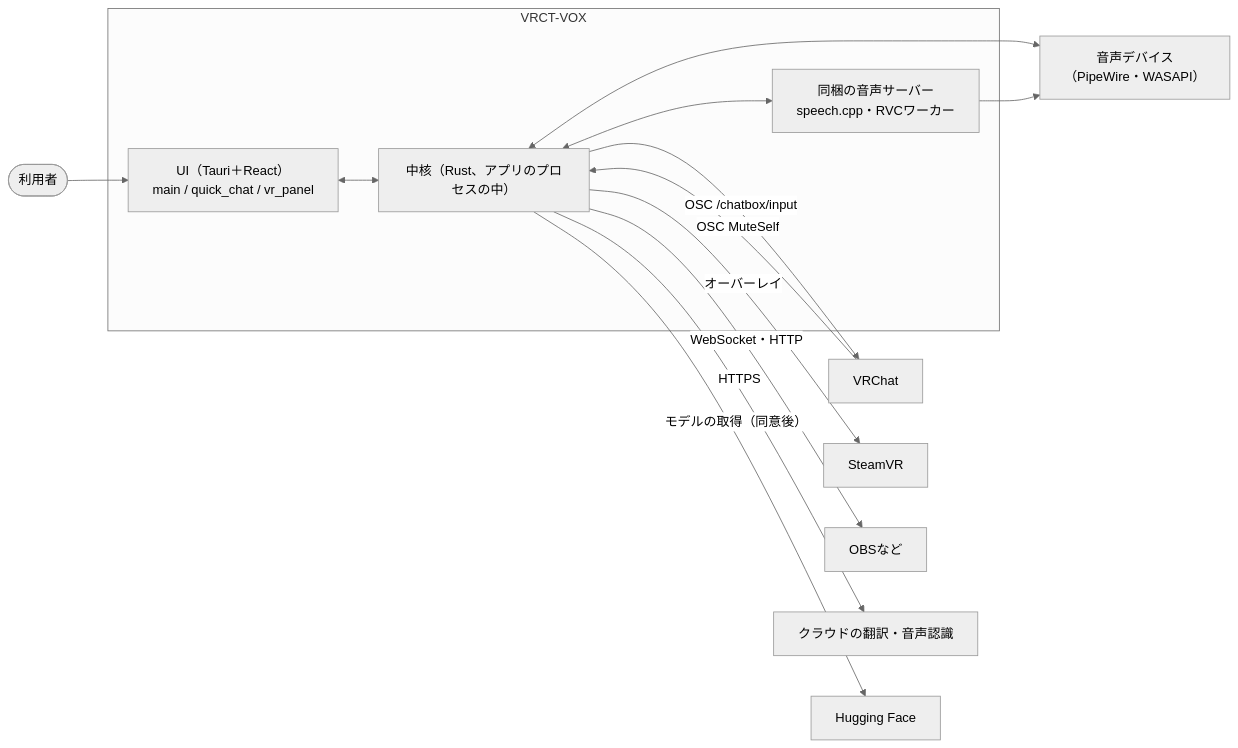
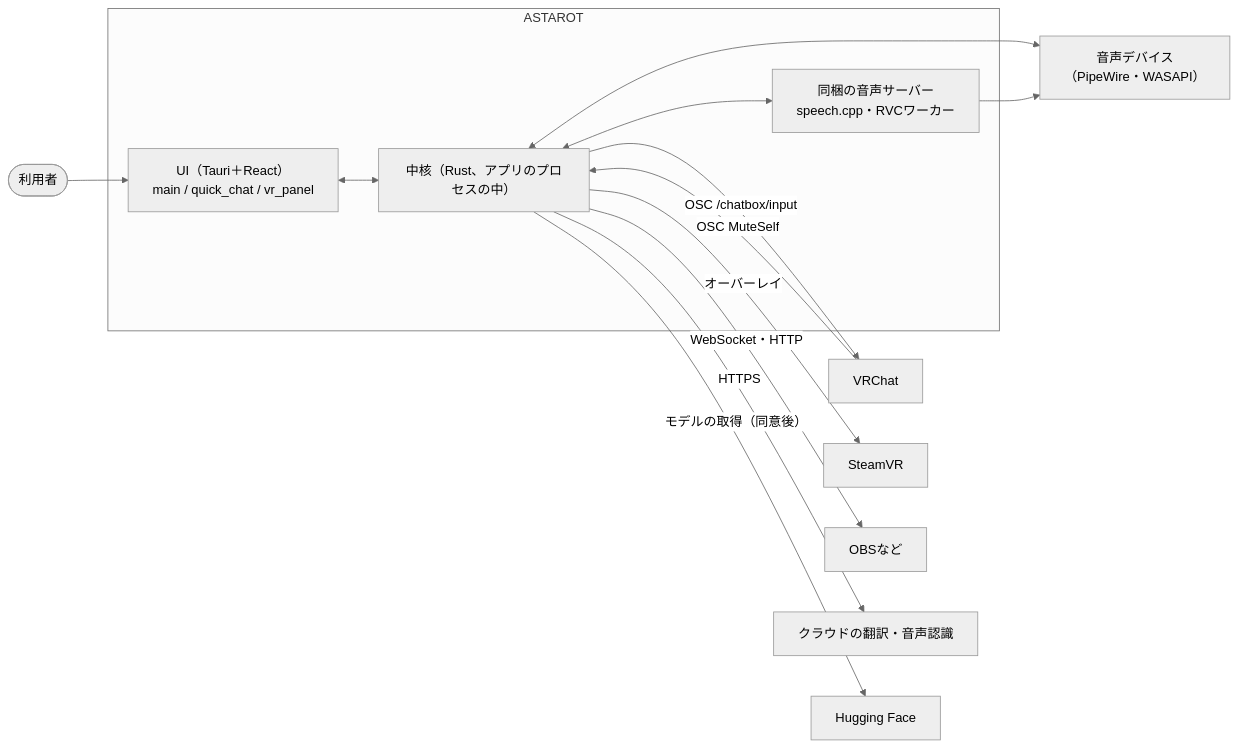
The diagram in docs/spec/overview.md (kein5/astarot), drawn with Mermaid (neutral theme) before and after one commit. The commit also changed other lines of this file and 17 other files, not shown here.

First line of the commit message:
docs: name the app ASTAROT in the README and the developer docs

````diff
--- a/docs/spec/overview.md
+++ b/docs/spec/overview.md
@@ -7,27 +7,27 @@
 ```mermaid
 flowchart LR
   user(["利用者"])
-  subgraph app["VRCT-VOX"]
+  subgraph app["ASTAROT"]
     ui["UI（Tauri＋React）<br/>main / quick_chat / vr_panel"]
     side["中核（Rust、アプリのプロセスの中）"]
     speech["同梱の音声サーバー<br/>speech.cpp・RVCワーカー"]
   end
   vrc["VRChat"]
   steamvr["SteamVR"]
   obs["OBSなど"]
   cloud["クラウドの翻訳・音声認識"]
   hf["Hugging Face"]
   audio["音声デバイス<br/>（PipeWire・WASAPI）"]
 
   user --> ui
   ui <--> side
   side <--> speech
   side -- "OSC /chatbox/input" --> vrc
   vrc -- "OSC MuteSelf" --> side
   side -- "オーバーレイ" --> steamvr
   side -- "WebSocket・HTTP" --> obs
   side -- "HTTPS" --> cloud
   side -- "モデルの取得（同意後）" --> hf
   side <--> audio
   speech --> audio
 ```
````
